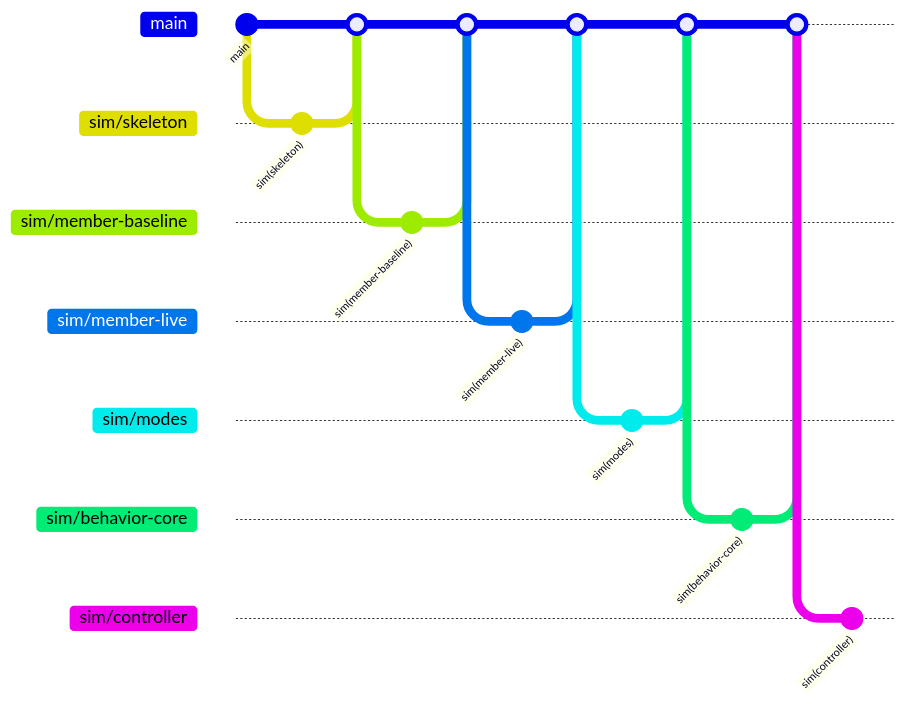
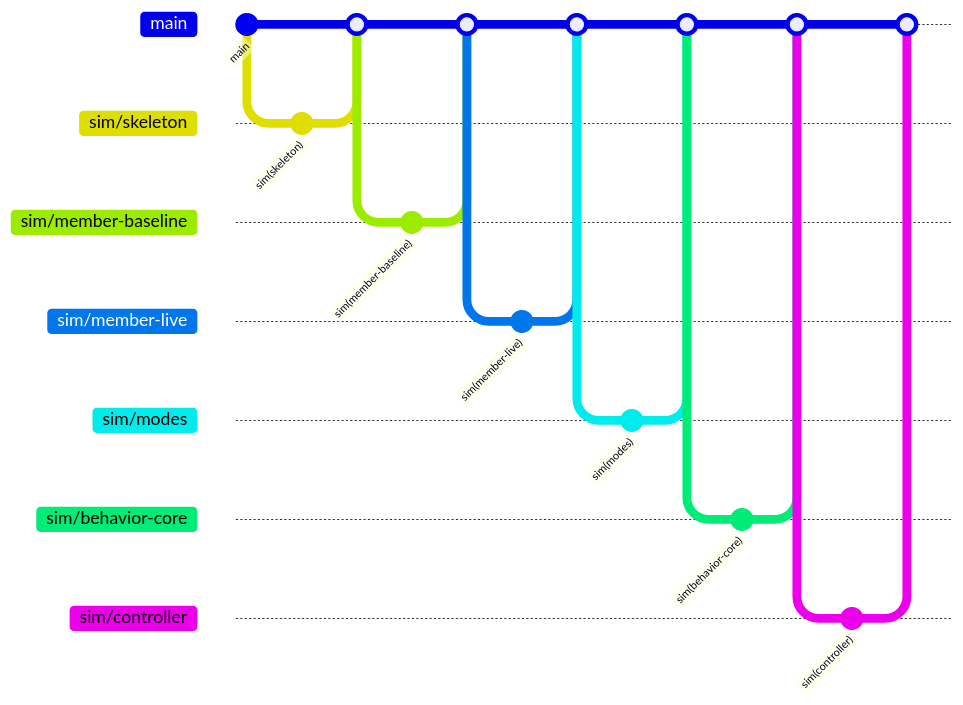
The diagram in docs/BRANCHES.md (josiah113366-sketch/clothes-query), drawn with Mermaid before and after one commit. The commit also changed other lines of this file and 1 other file, not shown here.

Commit message:
docs(sim/controller): 작업 결과 기록

````diff
--- a/docs/BRANCHES.md
+++ b/docs/BRANCHES.md
@@ -35,26 +35,28 @@
 ```mermaid
 gitGraph
   commit id: "main"
   branch sim/skeleton
   commit id: "sim(skeleton)"
   checkout main
   merge sim/skeleton
   branch sim/member-baseline
   commit id: "sim(member-baseline)"
   checkout main
   merge sim/member-baseline
   branch sim/member-live
   commit id: "sim(member-live)"
   checkout main
   merge sim/member-live
   branch sim/modes
   commit id: "sim(modes)"
   checkout main
   merge sim/modes
   branch sim/behavior-core
   commit id: "sim(behavior-core)"
   checkout main
   merge sim/behavior-core
   branch sim/controller
   commit id: "sim(controller)"
+  checkout main
+  merge sim/controller
 ```
````
